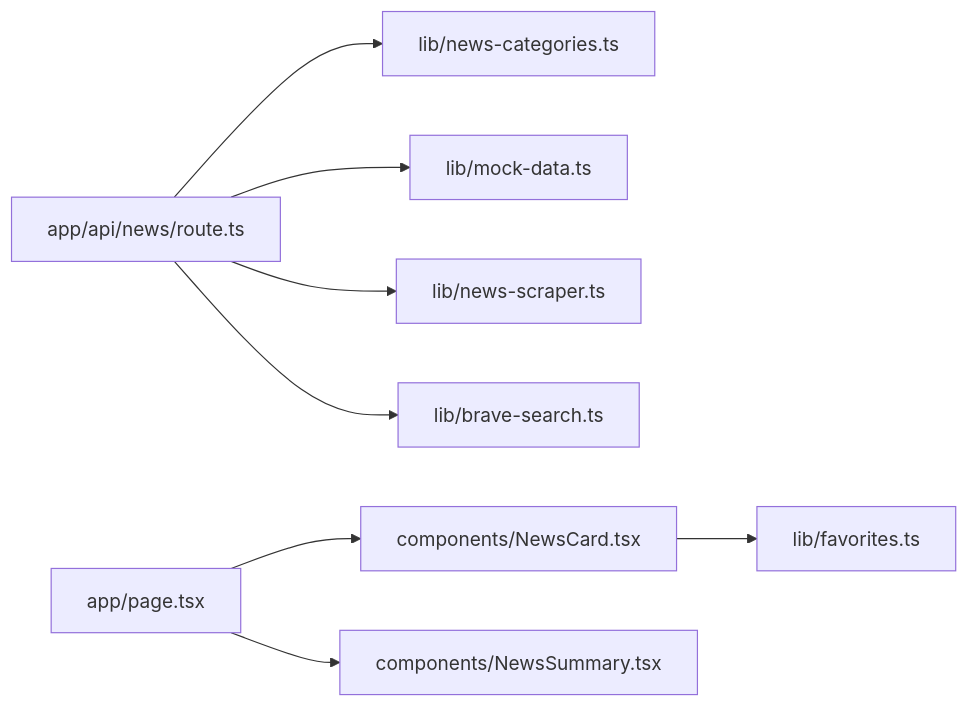
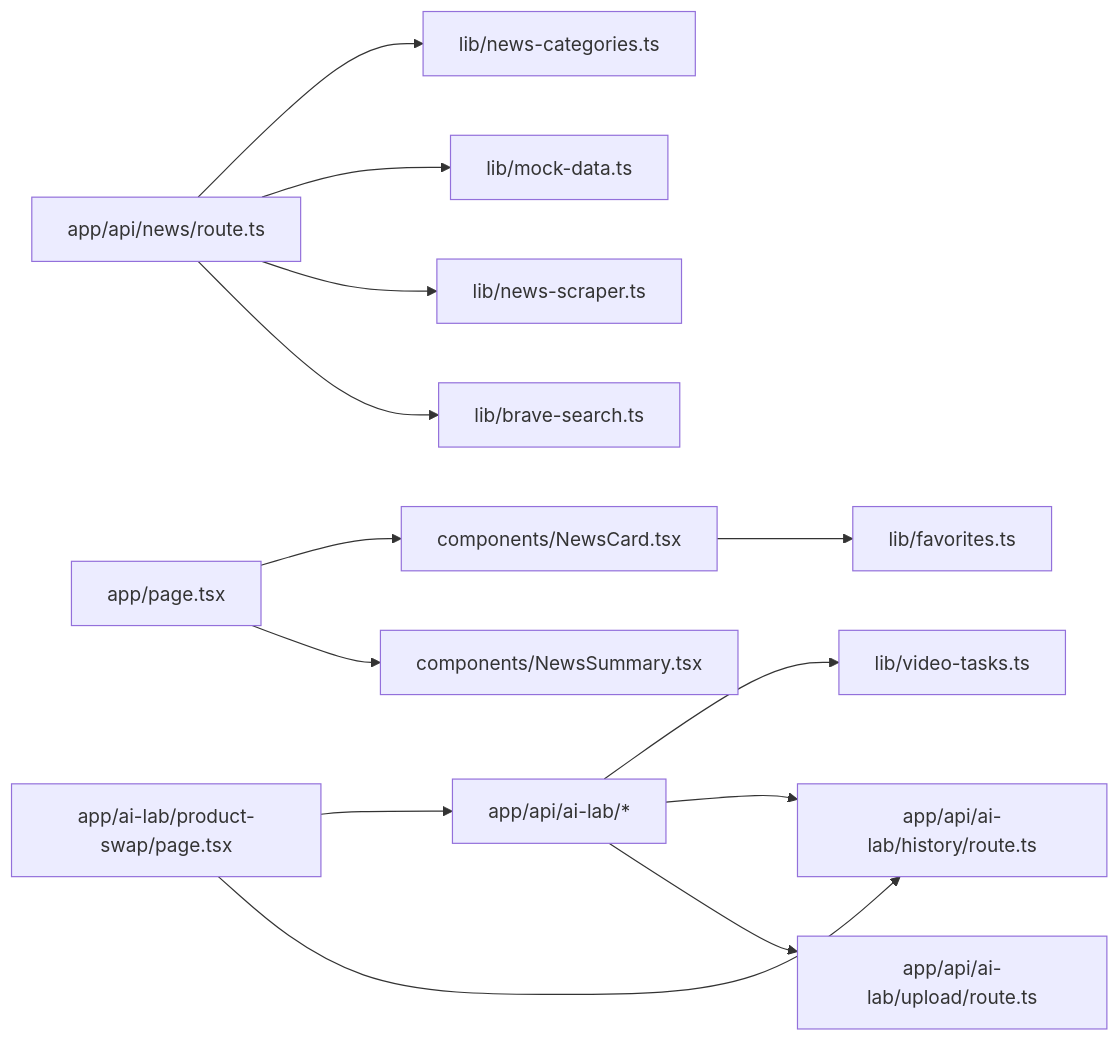
Before and after one commit to zuozuoliu740-cmd/xianxiong-news: the fourth of 4 diagrams in .qoder/repowiki/zh/content/数据模型/模拟数据模型.md, drawn with Mermaid. The commit also changed other lines of this file and 6 other files, not shown here.

````diff
--- a/.qoder/repowiki/zh/content/数据模型/模拟数据模型.md
+++ b/.qoder/repowiki/zh/content/数据模型/模拟数据模型.md
@@ -199,10 +266,15 @@
 ```mermaid
 graph LR
 API["app/api/news/route.ts"] --> Cat["lib/news-categories.ts"]
 API --> Mock["lib/mock-data.ts"]
 API --> Scraper["lib/news-scraper.ts"]
 API --> Brave["lib/brave-search.ts"]
+VideoAPI["app/api/ai-lab/*"] --> Tasks["lib/video-tasks.ts"]
+VideoAPI --> History["app/api/ai-lab/history/route.ts"]
+VideoAPI --> Upload["app/api/ai-lab/upload/route.ts"]
 Page["app/page.tsx"] --> Card["components/NewsCard.tsx"]
 Page --> Summary["components/NewsSummary.tsx"]
 Card --> Fav["lib/favorites.ts"]
+AILab["app/ai-lab/product-swap/page.tsx"] --> VideoAPI
+AILab --> History
 ```
````
